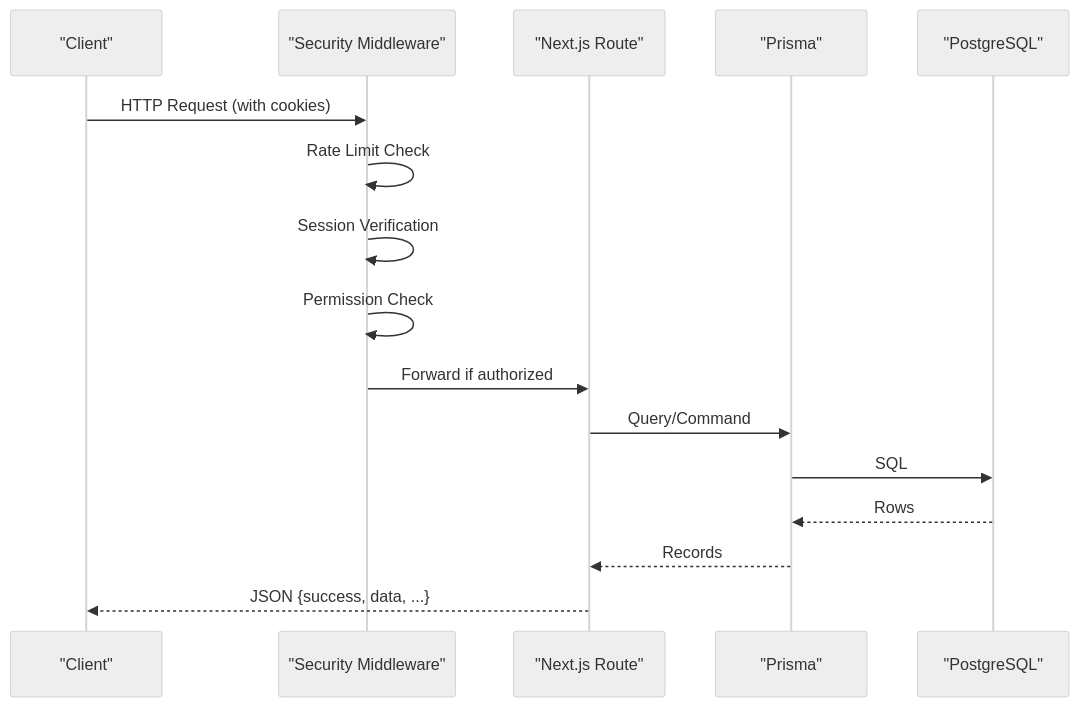
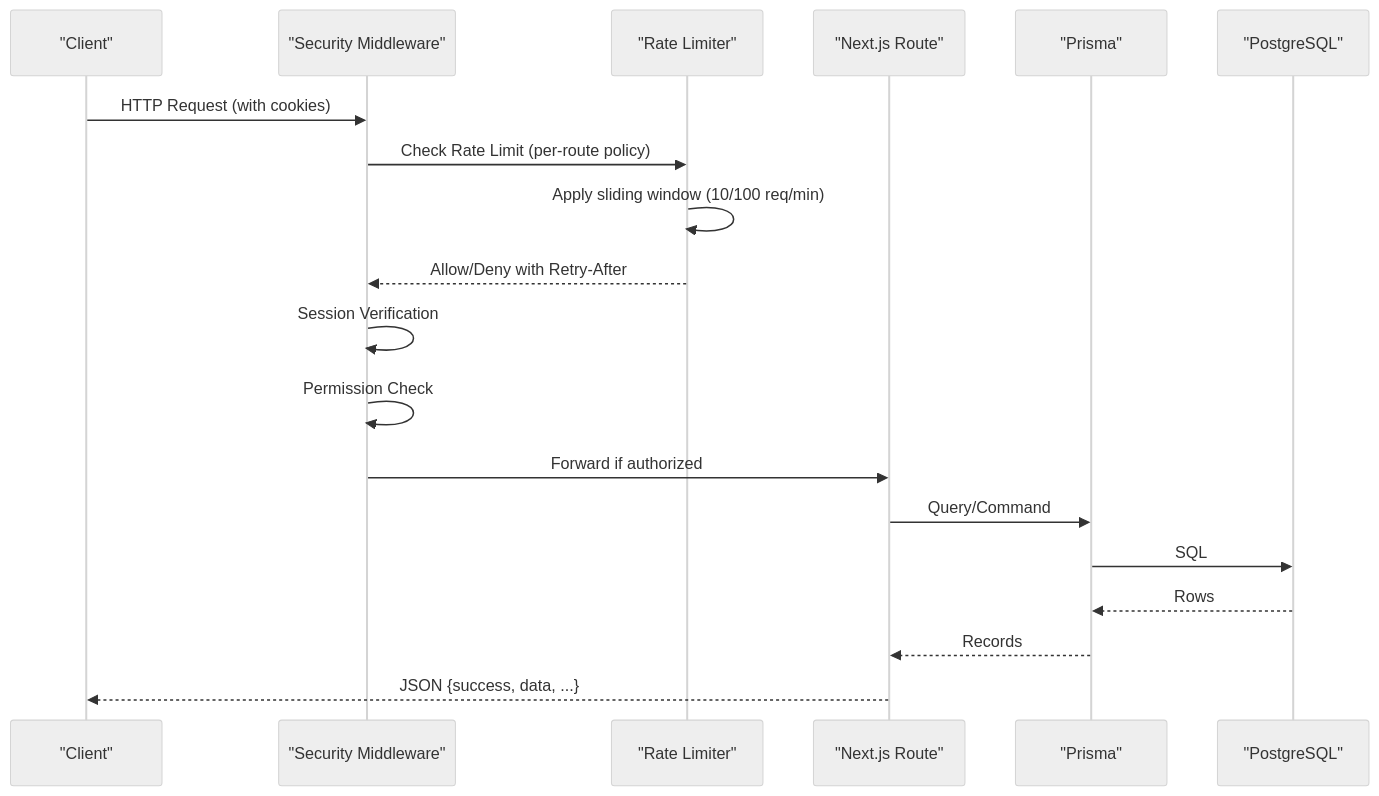
Before and after one commit to celebigilfatih/infrascope: the second of 3 diagrams in .qoder/repowiki/en/content/API Endpoints & Services/API Endpoints & Services.md, drawn with Mermaid (neutral theme). The commit also changed other lines of this file and 13 other files, not shown here.

````diff
--- a/.qoder/repowiki/en/content/API Endpoints & Services/API Endpoints & Services.md
+++ b/.qoder/repowiki/en/content/API Endpoints & Services/API Endpoints & Services.md
@@ -167,18 +170,21 @@
 ```mermaid
 sequenceDiagram
 participant C as "Client"
 participant M as "Security Middleware"
+participant RL as "Rate Limiter"
 participant R as "Next.js Route"
 participant P as "Prisma"
 participant DB as "PostgreSQL"
 C->>M : HTTP Request (with cookies)
-M->>M : Rate Limit Check
+M->>RL : Check Rate Limit (per-route policy)
+RL->>RL : Apply sliding window (10/100 req/min)
+RL-->>M : Allow/Deny with Retry-After
 M->>M : Session Verification
 M->>M : Permission Check
 M->>R : Forward if authorized
 R->>P : Query/Command
 P->>DB : SQL
 DB-->>P : Rows
 P-->>R : Records
 R-->>C : JSON {success, data, ...}
 ```
````
